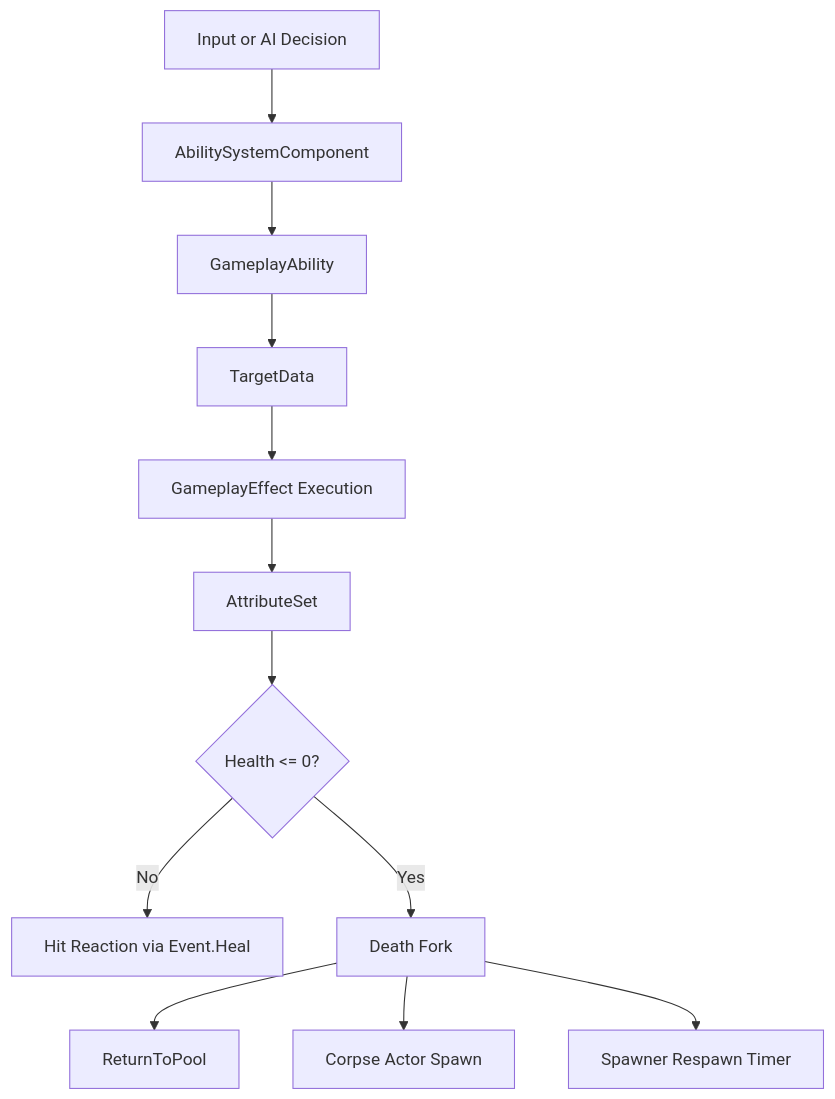
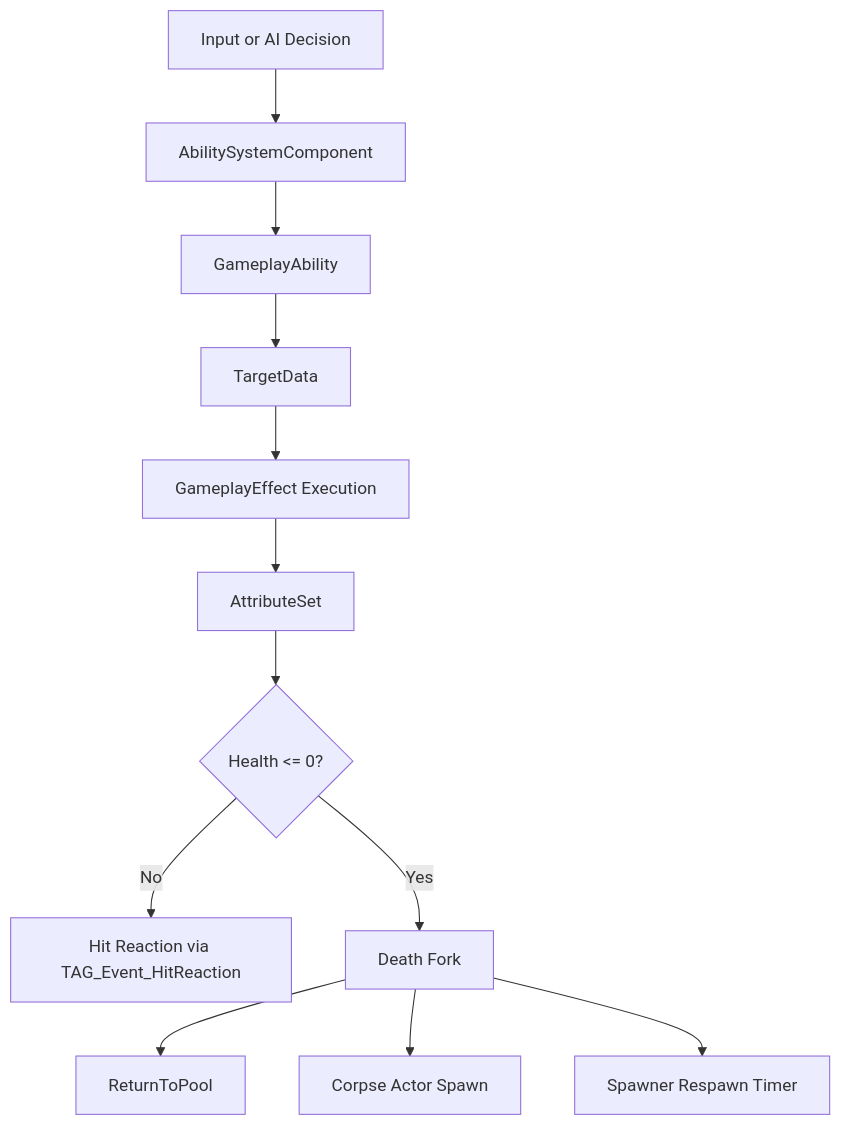
Before and after one commit to maximoh-mmo/PortfolioTutorial: the diagram in Docs/GAS/GAS_System.md, drawn with Mermaid. The commit also changed other lines of this file and 31 other files, not shown here.

````diff
--- a/Docs/GAS/GAS_System.md
+++ b/Docs/GAS/GAS_System.md
@@ -29,14 +29,14 @@
 ```mermaid
 flowchart TD
     InputOrAI[Input or AI Decision] --> ASC[AbilitySystemComponent]
     ASC --> Ability[GameplayAbility]
     Ability --> TargetData
     TargetData --> Execution[GameplayEffect Execution]
     Execution --> Attributes[AttributeSet]
     Attributes --> DeathOrHit{Health <= 0?}
-    DeathOrHit -->|No| HitReaction[Hit Reaction via Event.Heal]
+    DeathOrHit -->|No| HitReaction[Hit Reaction via TAG_Event_HitReaction]
     DeathOrHit -->|Yes| DeathFork[Death Fork]
     DeathFork --> PoolReturn[ReturnToPool]
     DeathFork --> CorpseSpawn[Corpse Actor Spawn]
     DeathFork --> RespawnTimer[Spawner Respawn Timer]
 ```
````
